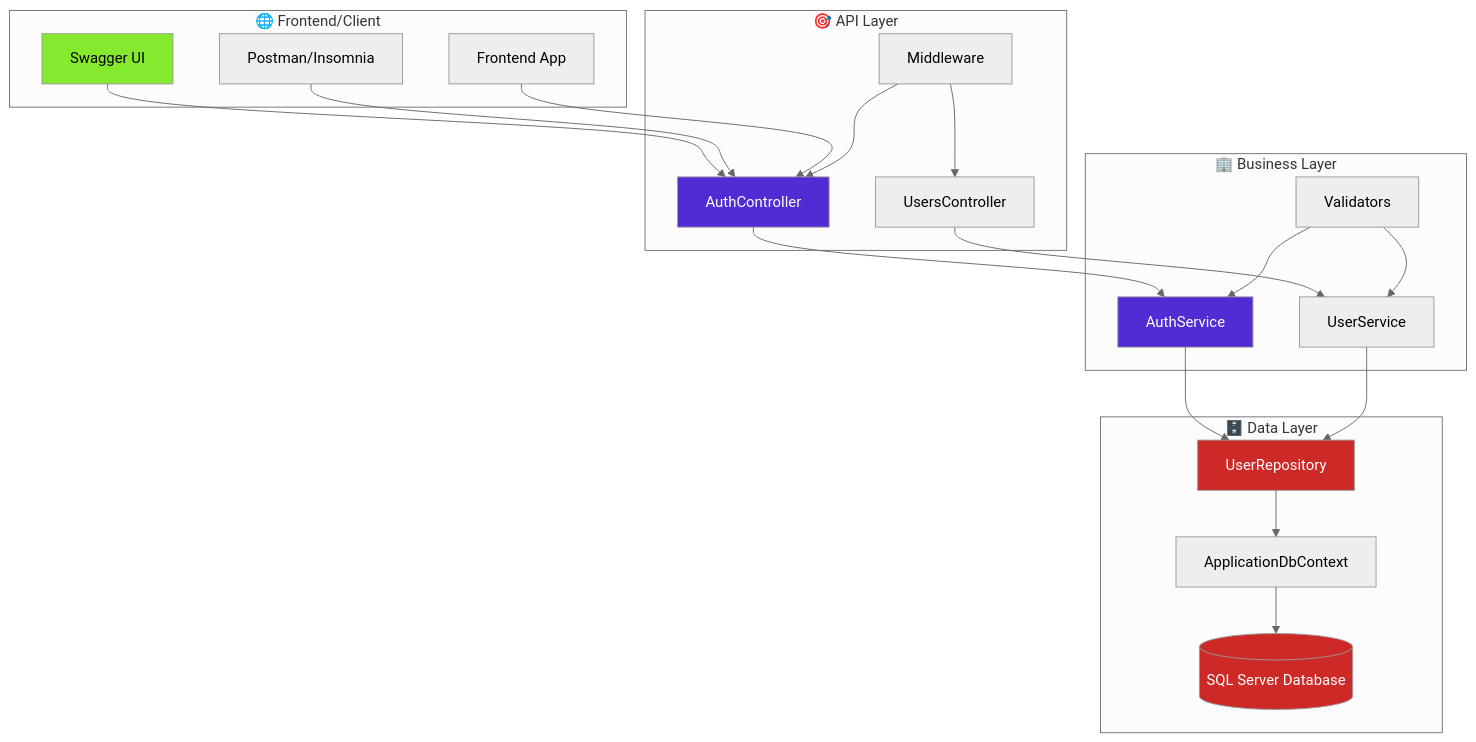
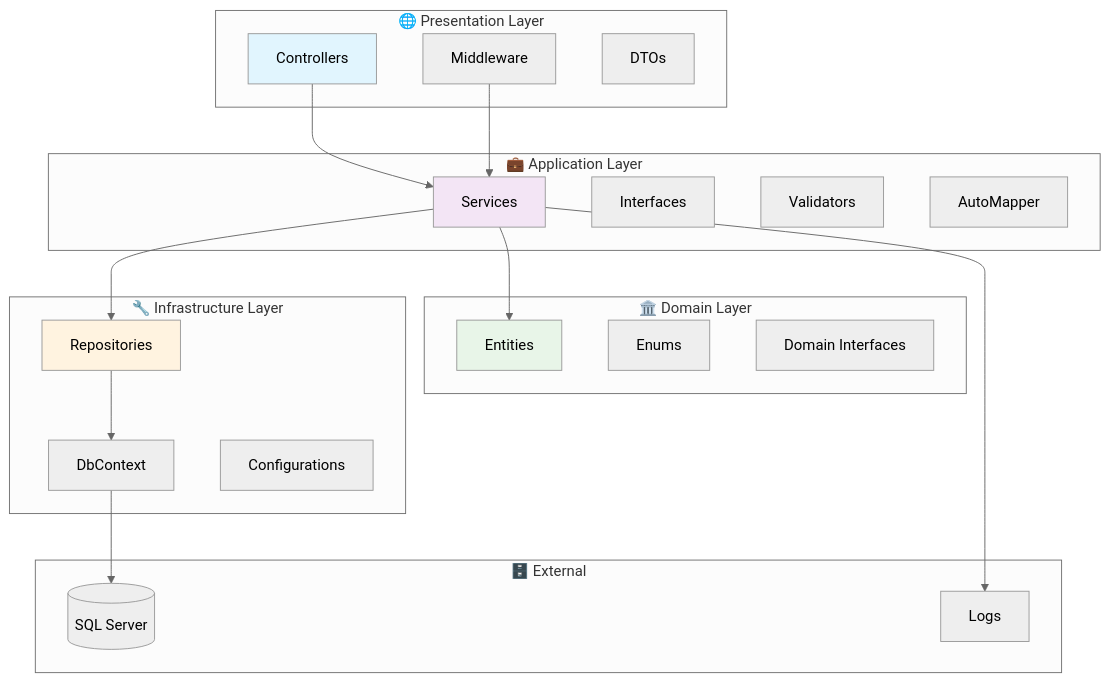
One commit to carmipa/Advanced_Business_Development_with_.NET_CP_2SEM_2025 changed the first of 3 diagrams in cp-5-autenticacao-autorizacao-swt/cp-5-autenticacao-autorizacao-swt/README.md. Above: the diagram before and after it, drawn with Mermaid (neutral theme). The commit also changed other lines of this file and 12 other files, not shown here.

````diff
--- a/cp-5-autenticacao-autorizacao-swt/cp-5-autenticacao-autorizacao-swt/README.md
+++ b/cp-5-autenticacao-autorizacao-swt/cp-5-autenticacao-autorizacao-swt/README.md
@@ -33,46 +73,45 @@
 ```mermaid
 graph TB
-    subgraph Client["🌐 Frontend/Client"]
-        A[Swagger UI]
-        C[Postman/Insomnia]
-        D[Frontend App]
+    subgraph "🌐 Presentation Layer"
+        A[Controllers]
+        B[Middleware]
+        C[DTOs]
     end
     
-    subgraph API["🎯 API Layer"]
-        E[AuthController]
-        F[UsersController]
-        G[Middleware]
+    subgraph "💼 Application Layer"
+        D[Services]
+        E[Interfaces]
+        F[Validators]
+        G[AutoMapper]
     end
     
-    subgraph Business["🏢 Business Layer"]
-        H[AuthService]
-        I[UserService]
-        J[Validators]
+    subgraph "🏛️ Domain Layer"
+        H[Entities]
+        I[Enums]
+        J[Domain Interfaces]
     end
     
-    subgraph Data["🗄️ Data Layer"]
-        K[UserRepository]
-        L[ApplicationDbContext]
-        M[(SQL Server Database)]
+    subgraph "🔧 Infrastructure Layer"
+        K[Repositories]
+        L[DbContext]
+        M[Configurations]
     end
     
-    A --> E
-    C --> E
-    D --> E
-    G --> E
-    G --> F
-    E --> H
-    F --> I
-    J --> H
-    J --> I
-    H --> K
-    I --> K
+    subgraph "🗄️ External"
+        N[(SQL Server)]
+        O[Logs]
+    end
+    
+    A --> D
+    B --> D
+    D --> H
+    D --> K
     K --> L
-    L --> M
+    L --> N
+    D --> O
     
-    style A fill:#85EA2D
-    style E fill:#512BD4,color:#fff
-    style H fill:#512BD4,color:#fff
-    style K fill:#CC2927,color:#fff
-    style M fill:#CC2927,color:#fff
+    style A fill:#e1f5fe
+    style D fill:#f3e5f5
+    style H fill:#e8f5e8
+    style K fill:#fff3e0
 ```
````
